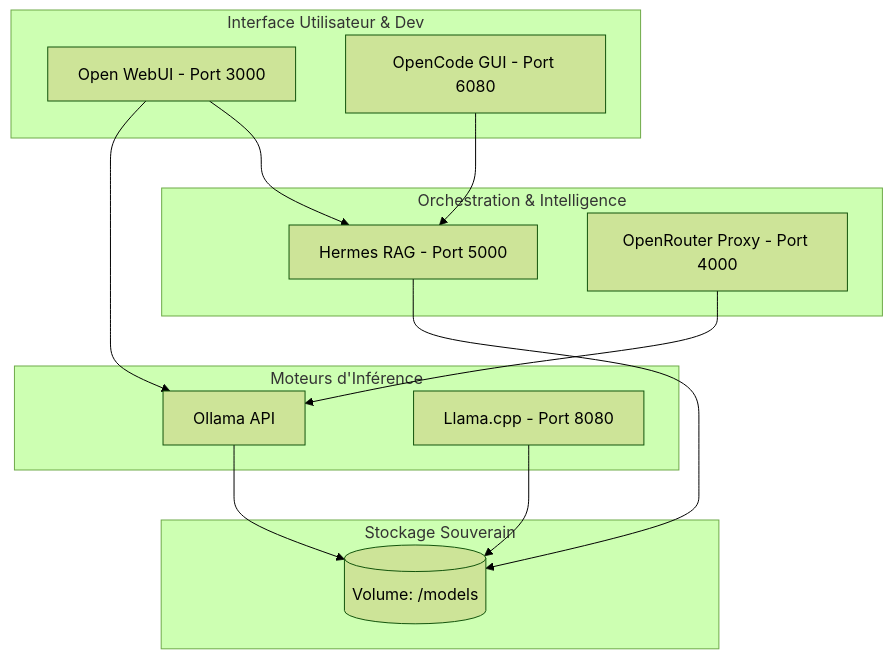
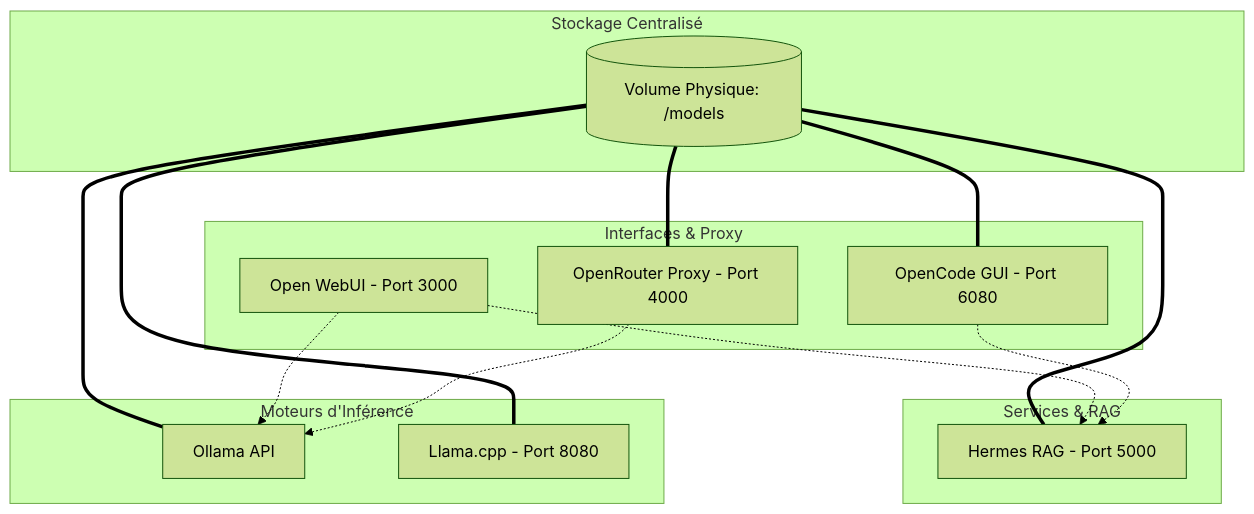
Before and after one commit to SachaEmmanuelTorres/3w_quebec_23_avril_2026: the diagram in README.md, drawn with Mermaid (forest theme). The commit also changed other lines of this file, not shown here.

Commit message:
docs: schéma corrigé montrant l'accès direct de tous les services aux modèles

````diff
--- a/README.md
+++ b/README.md
@@ -10,29 +10,34 @@
 ```mermaid
 graph TD
-    subgraph "Interface Utilisateur & Dev"
+    subgraph "Interfaces & Proxy"
         OWUI[Open WebUI - Port 3000]
         OC[OpenCode GUI - Port 6080]
+        ORP[OpenRouter Proxy - Port 4000]
     end
 
-    subgraph "Orchestration & Intelligence"
+    subgraph "Services & RAG"
         HRAG[Hermes RAG - Port 5000]
-        ORP[OpenRouter Proxy - Port 4000]
     end
 
     subgraph "Moteurs d'Inférence"
         OLL[Ollama API]
         LCPP[Llama.cpp - Port 8080]
     end
 
-    subgraph "Stockage Souverain"
-        MODELS[(Volume: /models)]
+    subgraph "Stockage Centralisé"
+        MODELS[(Volume Physique: /models)]
     end
 
-    OWUI --> OLL
-    OWUI --> HRAG
-    OC --> HRAG
-    ORP --> OLL
-    HRAG --> MODELS
-    OLL --> MODELS
-    LCPP --> MODELS
+    %% Connexion Directe au Volume de Modèles (Demande Utilisateur)
+    MODELS === OLL
+    MODELS === LCPP
+    MODELS === HRAG
+    MODELS === OC
+    MODELS === ORP
+
+    %% Interactions Logiques
+    OWUI -.-> OLL
+    OWUI -.-> HRAG
+    ORP -.-> OLL
+    OC -.-> HRAG
 ```
````
